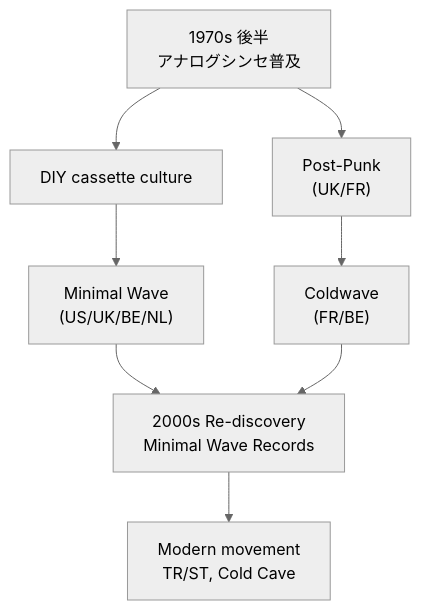
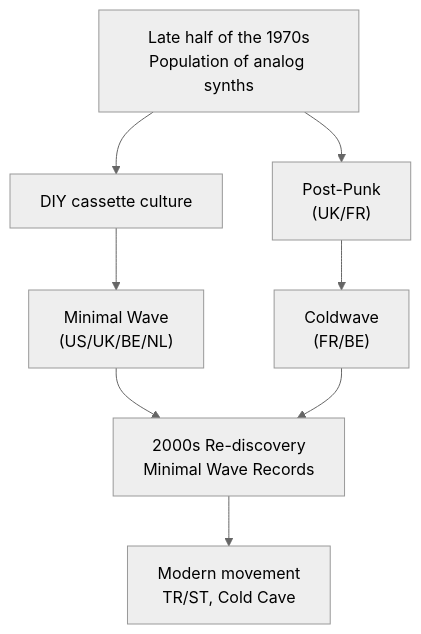
The first of 2 diagrams in en/_posts/2025-12-08-column-minimalwave-coldwave.md (monumental-movement/monumental-movement.github.io), drawn with Mermaid (neutral theme) before and after one commit. The commit also changed other lines of this file and 851 other files, not shown here.

```diff
--- a/en/_posts/2025-12-08-column-minimalwave-coldwave.md
+++ b/en/_posts/2025-12-08-column-minimalwave-coldwave.md
@@ -226,10 +227,10 @@
 <div class="mermaid">
 flowchart TD
-    A["1970s 後半<br>アナログシンセ普及"] --> B["DIY cassette culture"]
+    A["Late half of the 1970s<br>Population of analog synths"] --> B["DIY cassette culture"]
     B --> C["Minimal Wave<br>(US/UK/BE/NL)"]
     A --> D["Post-Punk<br>(UK/FR)"]
     D --> E["Coldwave<br>(FR/BE)"]
     C --> F["2000s Re-discovery<br>Minimal Wave Records"]
     E --> F
     F --> G["Modern movement<br>TR/ST, Cold Cave"]
 </div>
```
